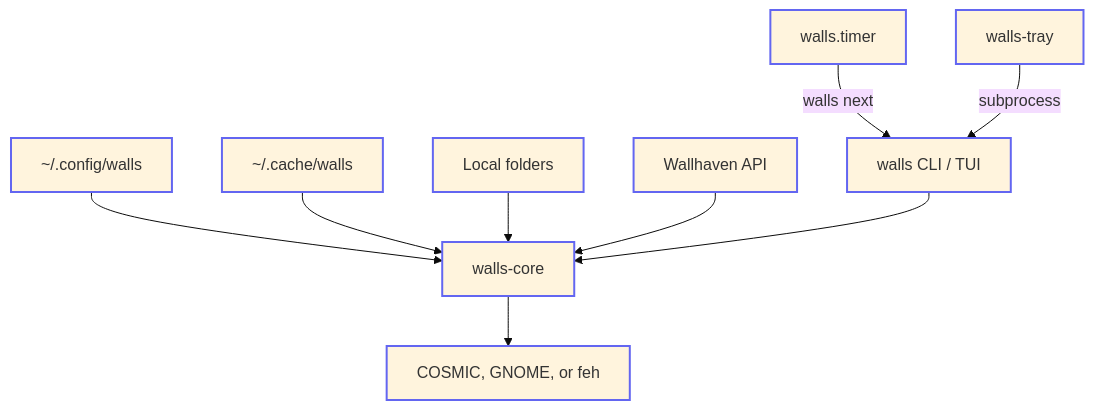
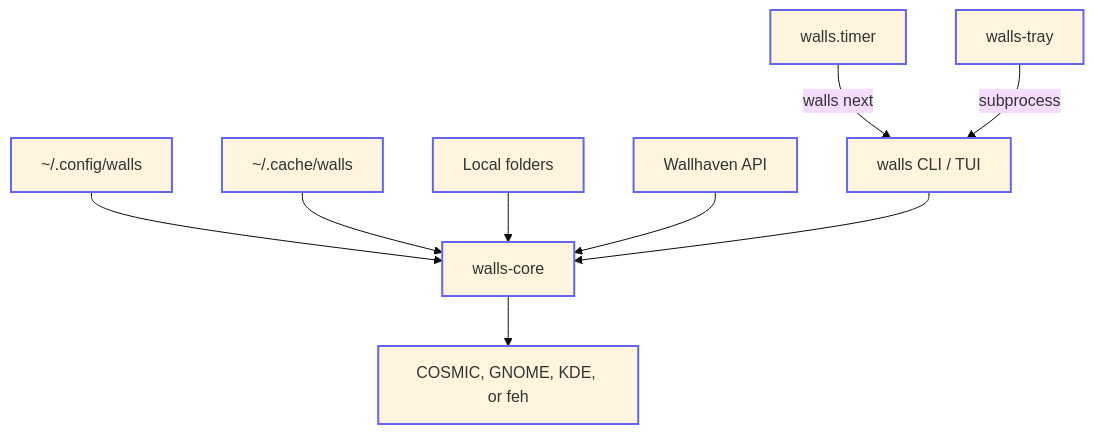
The diagram in docs/diagrams/architecture.mmd (willfish/walls), drawn with Mermaid (base theme) before and after one commit. The commit also changed 8 other files, not shown here.

First line of the commit message:
feat: add KDE Plasma apply backend (#74)

```diff
--- a/docs/diagrams/architecture.mmd
+++ b/docs/diagrams/architecture.mmd
@@ -1,22 +1,22 @@
 flowchart TD
     CONFIG["~/.config/walls"]
     CACHE["~/.cache/walls"]
     LOCAL[Local folders]
     WH[Wallhaven API]
     TIMER[walls.timer]
     TRAY[walls-tray]
     CLI["walls CLI / TUI"]
     CORE[walls-core]
-    APPLY["COSMIC, GNOME, or feh"]
+    APPLY["COSMIC, GNOME, KDE, or feh"]
 
     TIMER -->|walls next| CLI
     TRAY -->|subprocess| CLI
     CONFIG --> CORE
     CACHE --> CORE
     LOCAL --> CORE
     WH --> CORE
     CLI --> CORE
     CORE --> APPLY
 
     classDef box stroke:#6366f1,stroke-width:2px
     class CONFIG,CACHE,LOCAL,WH,TIMER,TRAY,CLI,CORE,APPLY box
```
